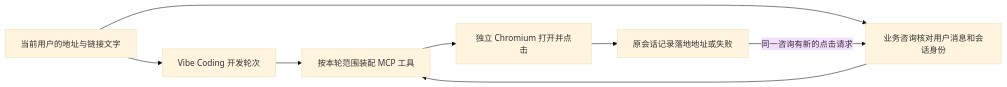
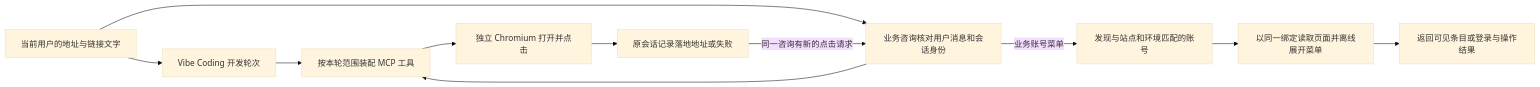
One commit to exception-coder/kai-toolbox changed the second of 52 diagrams in docs/ai-coding-architecture.md. Above: the diagram before and after it, drawn with Mermaid (base theme). The commit also changed other lines of this file and 18 other files, not shown here.

````diff
--- a/docs/ai-coding-architecture.md
+++ b/docs/ai-coding-architecture.md
@@ -41,10 +41,13 @@
 ```mermaid
 flowchart LR
     U[当前用户的地址与链接文字] --> T[Vibe Coding 开发轮次]
     T --> M[按本轮范围装配 MCP 工具]
     U --> C[业务咨询核对用户消息和会话身份]
     R -->|同一咨询有新的点击请求| C
     C --> M
     M --> B[独立 Chromium 打开并点击]
     B --> R[原会话记录落地地址或失败]
+    C -->|业务账号菜单| A[发现与站点和环境匹配的账号]
+    A --> W[以同一绑定读取页面并离线展开菜单]
+    W --> E[返回可见条目或登录与操作结果]
 ```
````
